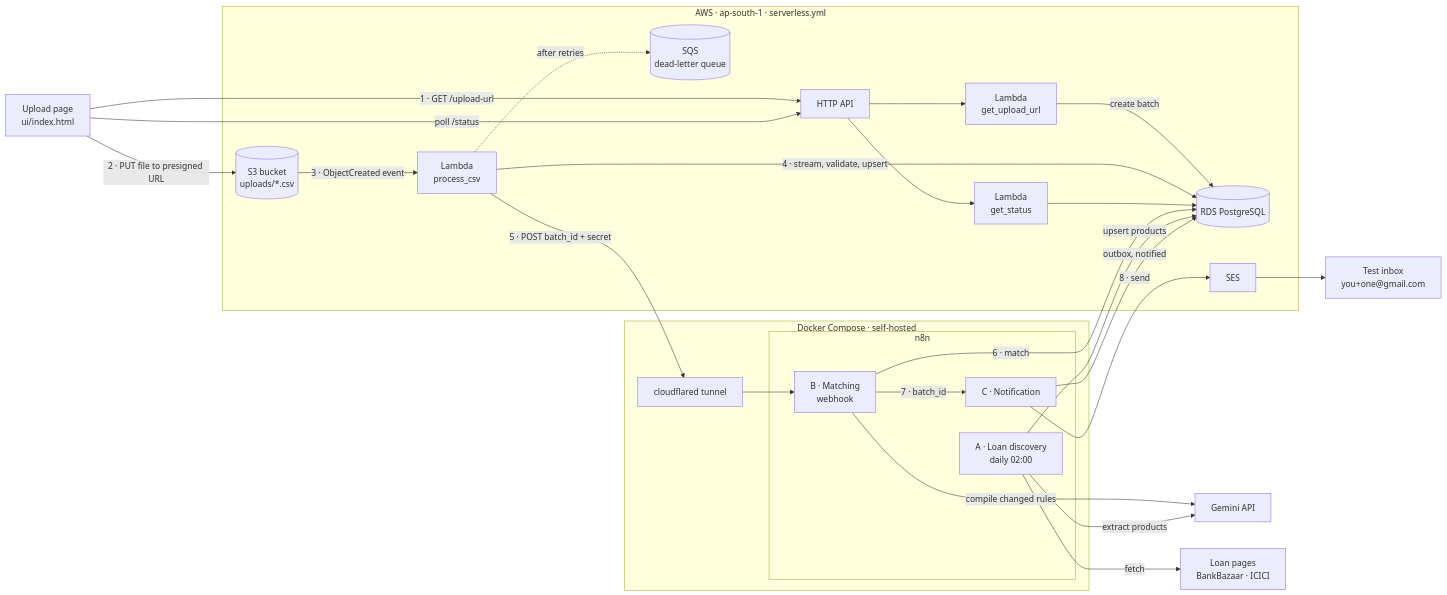
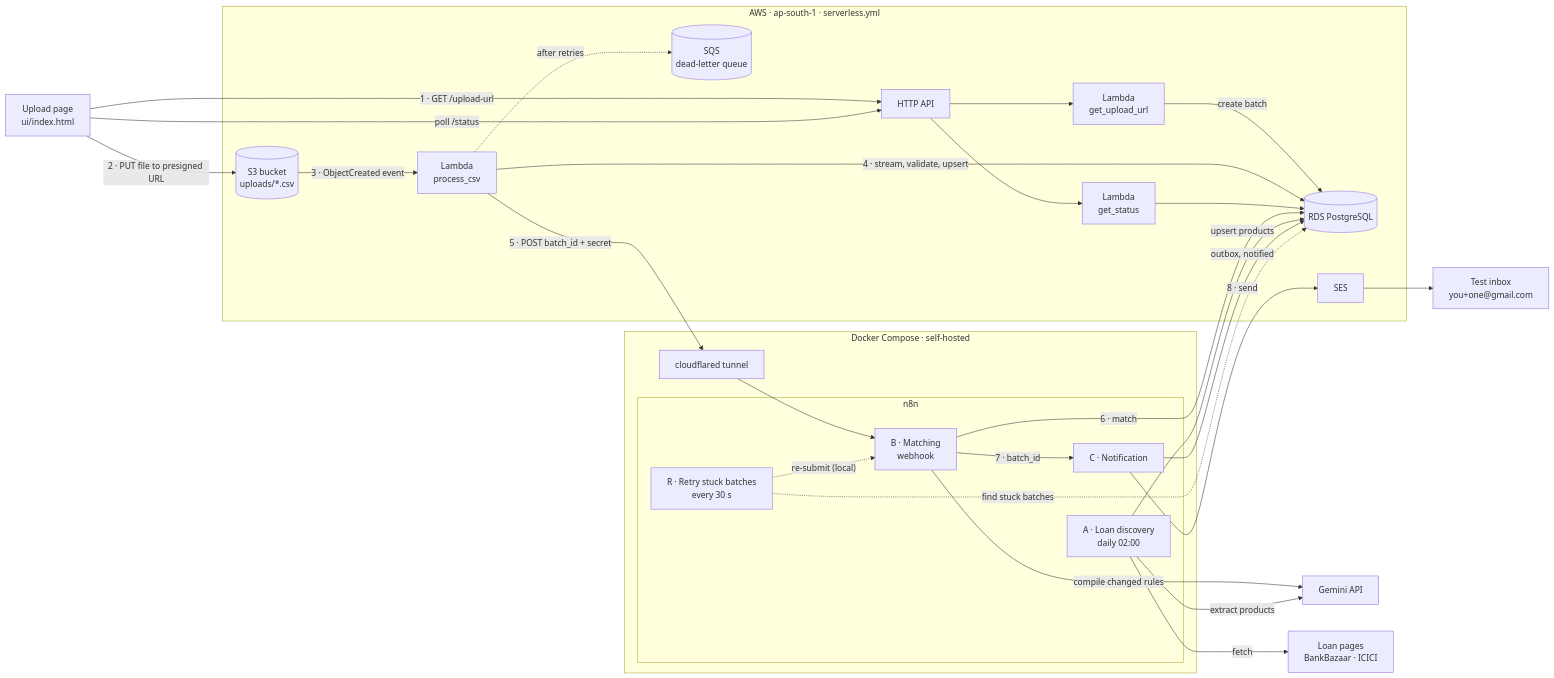
One commit to Vaibhavanandsingh/loan-eligibility-engine changed the first of 4 diagrams in README.md. Above: the diagram before and after it, drawn with Mermaid. The commit also changed other lines of this file and 2 other files, not shown here.

First line of the commit message:
Workflow R deletes expired empty batches; README read-through

````diff
--- a/README.md
+++ b/README.md
@@ -46,50 +46,53 @@
 ```mermaid
 flowchart LR
   UI["Upload page<br/>ui/index.html"]
 
   subgraph AWS["AWS · ap-south-1 · serverless.yml"]
     API["HTTP API"]
     L1["Lambda<br/>get_upload_url"]
     L3["Lambda<br/>get_status"]
     S3[("S3 bucket<br/>uploads/*.csv")]
     L2["Lambda<br/>process_csv"]
     DLQ[("SQS<br/>dead-letter queue")]
     RDS[("RDS PostgreSQL")]
     SES["SES"]
   end
 
   subgraph DOCKER["Docker Compose · self-hosted"]
     TUN["cloudflared tunnel"]
     subgraph N8N["n8n"]
       A["A · Loan discovery<br/>daily 02:00"]
       B["B · Matching<br/>webhook"]
       C["C · Notification"]
+      R["R · Retry stuck batches<br/>every 30 s"]
     end
   end
 
   GEM["Gemini API"]
   WEB["Loan pages<br/>BankBazaar · ICICI"]
   INBOX["Test inbox<br/>you+one@gmail.com"]
 
   UI -- "1 · GET /upload-url" --> API
   API --> L1
   L1 -- "create batch" --> RDS
   UI -- "2 · PUT file to presigned URL" --> S3
   S3 -- "3 · ObjectCreated event" --> L2
   L2 -- "4 · stream, validate, upsert" --> RDS
   L2 -. "after retries" .-> DLQ
   L2 -- "5 · POST batch_id + secret" --> TUN
   TUN --> B
   UI -- "poll /status" --> API
   API --> L3
   L3 --> RDS
   B -- "6 · match" --> RDS
   B -- "compile changed rules" --> GEM
   A -- "fetch" --> WEB
   A -- "extract products" --> GEM
   A -- "upsert products" --> RDS
   B -- "7 · batch_id" --> C
   C -- "outbox, notified" --> RDS
   C -- "8 · send" --> SES
   SES --> INBOX
+  R -. "find stuck batches" .-> RDS
+  R -. "re-submit (local)" .-> B
 ```
````
